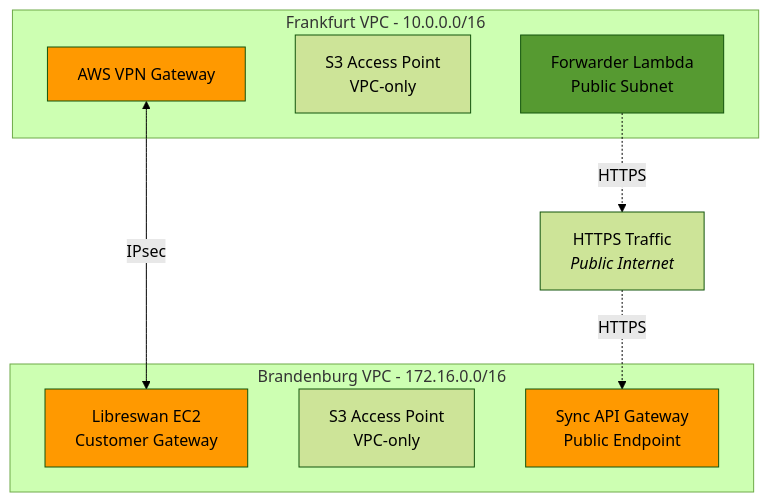
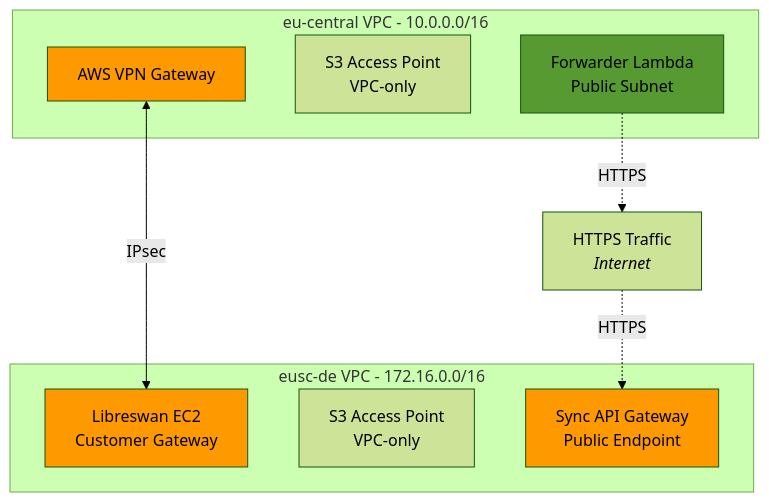
Before and after one commit to aws-samples/sample-sovereign-failover: the second of 2 diagrams in README.md, drawn with Mermaid (forest theme). The commit also changed other lines of this file and 18 other files, not shown here.

````diff
--- a/README.md
+++ b/README.md
@@ -94,25 +94,25 @@
 ```mermaid
 graph TB
-    Internet[HTTPS Traffic<br/><i>Public Internet</i>]
+    Internet[HTTPS Traffic<br/><i>Internet</i>]
     
-    subgraph FRA["Frankfurt VPC - 10.0.0.0/16"]
-        FRA_VGW[AWS VPN Gateway]
-        FRA_AP[S3 Access Point<br/>VPC-only]
-        FRA_Forwarder[Forwarder Lambda<br/>Public Subnet]
+    subgraph eu_central["eu-central VPC - 10.0.0.0/16"]
+        eu_central_VGW[AWS VPN Gateway]
+        eu_central_AP[S3 Access Point<br/>VPC-only]
+        eu_central_Forwarder[Forwarder Lambda<br/>Public Subnet]
     end
     
-    subgraph THF["Brandenburg VPC - 172.16.0.0/16"]
-        THF_LIBRE[Libreswan EC2<br/>Customer Gateway]
-        THF_AP[S3 Access Point<br/>VPC-only]
-        THF_SyncAPI[Sync API Gateway<br/>Public Endpoint]
+    subgraph eusc_de["eusc-de VPC - 172.16.0.0/16"]
+        eusc_de_LIBRE[Libreswan EC2<br/>Customer Gateway]
+        eusc_de_AP[S3 Access Point<br/>VPC-only]
+        eusc_de_SyncAPI[Sync API Gateway<br/>Public Endpoint]
     end
     
-    FRA_VGW <-->|IPsec| THF_LIBRE
-    FRA_Forwarder -.->|HTTPS| Internet
-    Internet -.->|HTTPS| THF_SyncAPI
+    eu_central_VGW <-->|IPsec| eusc_de_LIBRE
+    eu_central_Forwarder -.->|HTTPS| Internet
+    Internet -.->|HTTPS| eusc_de_SyncAPI
     
-    style FRA_VGW fill:#FF9900
-    style THF_LIBRE fill:#FF9900
-    style FRA_Forwarder fill:#569A31
-    style THF_SyncAPI fill:#FF9900
+    style eu_central_VGW fill:#FF9900
+    style eusc_de_LIBRE fill:#FF9900
+    style eu_central_Forwarder fill:#569A31
+    style eusc_de_SyncAPI fill:#FF9900
 ```
````
